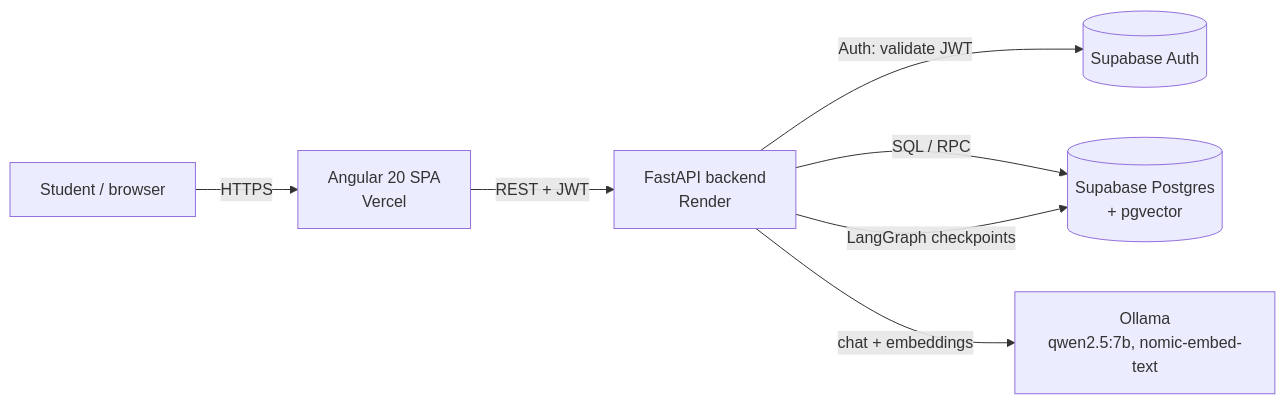
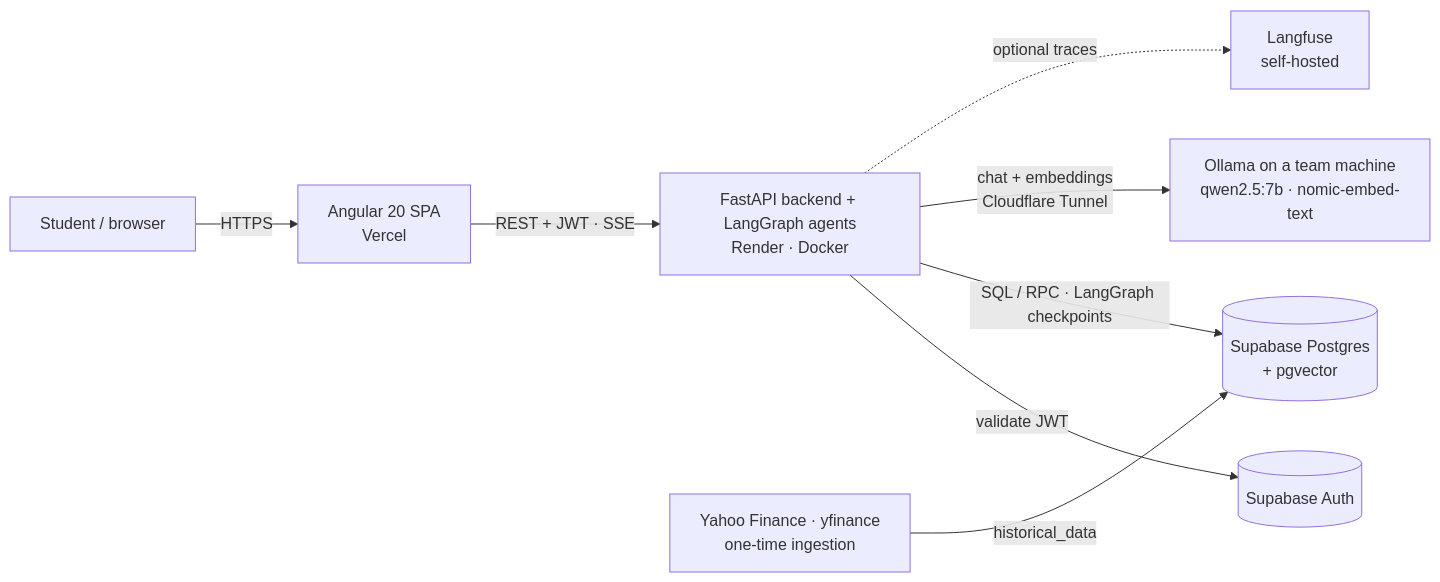
One commit to CardozoEIA/trading_simulator changed the first of 3 diagrams in docs/architecture.md. Above: the diagram before and after it, drawn with Mermaid. The commit also changed other lines of this file and 16 other files, not shown here.

First line of the commit message:
docs: refresh architecture and agent diagrams

````diff
--- a/docs/architecture.md
+++ b/docs/architecture.md
@@ -5,9 +9,10 @@
 ```mermaid
 flowchart LR
     U[Student / browser] -->|HTTPS| FE[Angular 20 SPA<br/>Vercel]
-    FE -->|REST + JWT| API[FastAPI backend<br/>Render]
-    API -->|Auth: validate JWT| SA[(Supabase Auth)]
-    API -->|SQL / RPC| DB[(Supabase Postgres<br/>+ pgvector)]
-    API -->|LangGraph checkpoints| DB
-    API -->|chat + embeddings| OL[Ollama<br/>qwen2.5:7b, nomic-embed-text]
+    FE -->|REST + JWT · SSE| API[FastAPI backend + LangGraph agents<br/>Render · Docker]
+    API -->|validate JWT| SA[(Supabase Auth)]
+    API -->|SQL / RPC · LangGraph checkpoints| DB[(Supabase Postgres<br/>+ pgvector)]
+    API -->|chat + embeddings<br/>Cloudflare Tunnel| OL[Ollama on a team machine<br/>qwen2.5:7b · nomic-embed-text]
+    YF[Yahoo Finance · yfinance<br/>one-time ingestion] -->|historical_data| DB
+    API -.->|optional traces| LF[Langfuse<br/>self-hosted]
 ```
````
